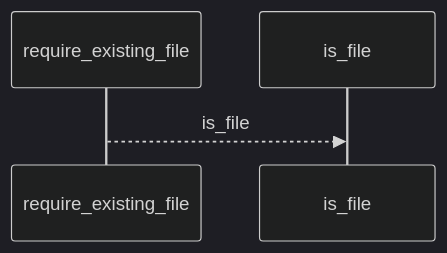
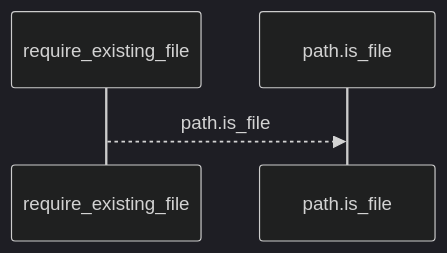
Before and after one commit to Denissvgn/python-wiki-llm: the first of 2 diagrams in docs/llm_wiki/flows/api-require_existing_file.md, drawn with Mermaid (dark theme). The commit also changed other lines of this file and 719 other files, not shown here.

````diff
--- a/docs/llm_wiki/flows/api-require_existing_file.md
+++ b/docs/llm_wiki/flows/api-require_existing_file.md
@@ -10,6 +10,6 @@
 ```mermaid
 sequenceDiagram
     participant p0 as require_existing_file
-    participant p1 as is_file
-    p0-->>p1: is_file
+    participant p1 as path.is_file
+    p0-->>p1: path.is_file
 ```
````
